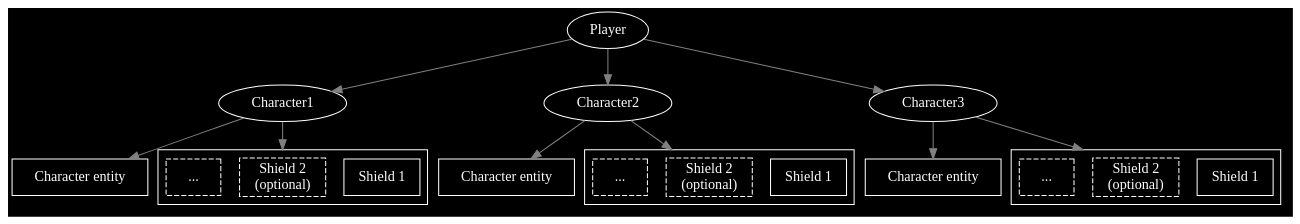
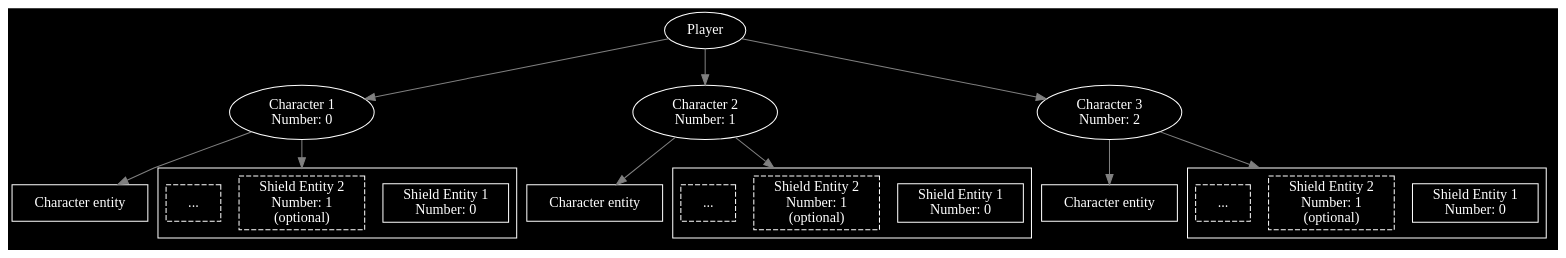
The fifth of 9 diagrams in Doc/Doxygen/Battle/additional-documentation/pages/1-concepts-player-.md (Alt-Org/Altzone), drawn with Graphviz before and after one commit. The commit also changed other lines of this file and 17 other files, not shown here.

````diff
--- a/Doc/Doxygen/Battle/additional-documentation/pages/1-concepts-player-.md
+++ b/Doc/Doxygen/Battle/additional-documentation/pages/1-concepts-player-.md
@@ -241,46 +242,46 @@
 ```dot
 digraph PlayerCharacterEntities {
   color=white;
   fontcolor=white;
   bgcolor=black;
   compound=true;
   splines=polyline;
 
   node [shape=box, style=filled, color=white, fontcolor=white, fillcolor=black];
   edge [color=gray];
 
   Player              [label="Player", shape=ellipse];
-  Character1          [label="Character1", shape=ellipse];
-  Character2          [label="Character2", shape=ellipse];
-  Character3          [label="Character3", shape=ellipse];
+  Character1          [label="Character 1\nNumber: 0", shape=ellipse];
+  Character2          [label="Character 2\nNumber: 1", shape=ellipse];
+  Character3          [label="Character 3\nNumber: 2", shape=ellipse];
   CharacterEntity1    [label="Character entity"];
   CharacterEntity2    [label="Character entity"];
   CharacterEntity3    [label="Character entity"];
 
   subgraph cluster_shield_group_1{
-    G1_Shield1 [label="Shield 1", style=solid];
-    G1_Shield2 [label="Shield 2\n(optional)", style=dashed];
+    G1_Shield1 [label="Shield Entity 1\nNumber: 0", style=solid];
+    G1_Shield2 [label="Shield Entity 2\nNumber: 1\n(optional)", style=dashed];
     G1_Shield3 [label="...", style=dashed];
   }
 
   subgraph cluster_shield_group_2{
-    G2_Shield1 [label="Shield 1", style=solid];
-    G2_Shield2 [label="Shield 2\n(optional)", style=dashed];
+    G2_Shield1 [label="Shield Entity 1\nNumber: 0", style=solid];
+    G2_Shield2 [label="Shield Entity 2\nNumber: 1\n(optional)", style=dashed];
     G2_Shield3 [label="...", style=dashed];
   }
 
   subgraph cluster_shield_group_3{
-    G3_Shield1 [label="Shield 1", style=solid];
-    G3_Shield2 [label="Shield 2\n(optional)", style=dashed];
+    G3_Shield1 [label="Shield Entity 1\nNumber: 0", style=solid];
+    G3_Shield2 [label="Shield Entity 2\nNumber: 1\n(optional)", style=dashed];
     G3_Shield3 [label="...", style=dashed];
   }
 
   Player -> Character1, Character2, Character3;
   Character1 -> CharacterEntity1;
   Character2 -> CharacterEntity2;
   Character3 -> CharacterEntity3;
   Character1 -> G1_Shield2 [lhead=cluster_shield_group_1];
   Character2 -> G2_Shield2 [lhead=cluster_shield_group_2];
   Character3 -> G3_Shield2 [lhead=cluster_shield_group_3];
 }
 ```
````
